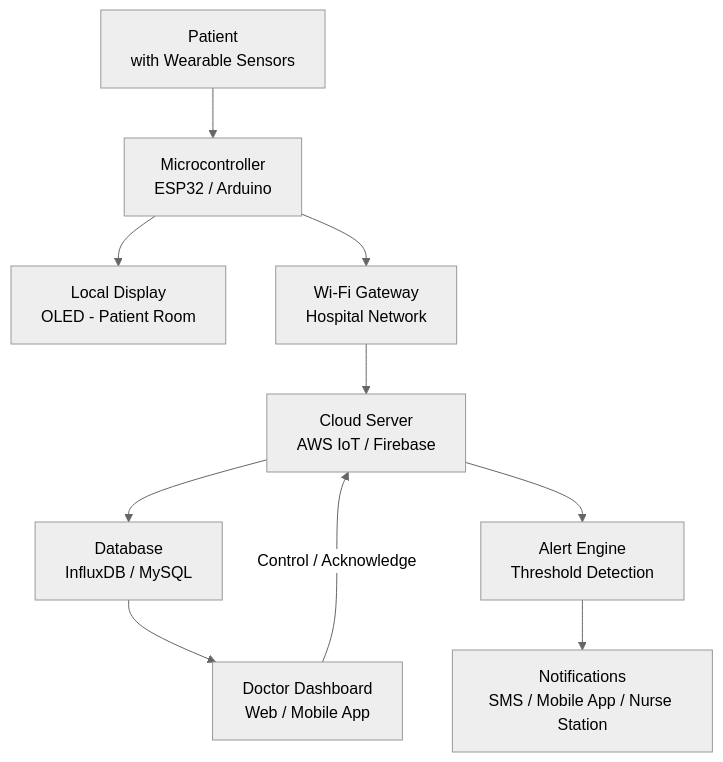
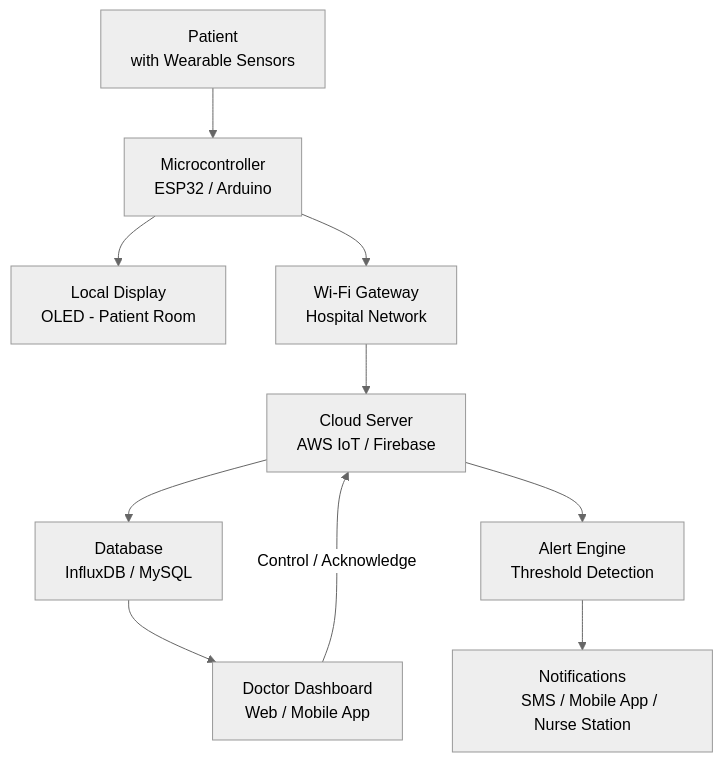
One commit to lazgaming70/IOT-CIA-1 changed diagram 12 of 13 in Unofficial-QB/Unofficial-QB-Claude-Ans.md. Above: the diagram before and after it, drawn with Mermaid (neutral theme). The commit also changed other lines of this file, not shown here.

Commit message:
Fixed mermaidjs newline syntax

````diff
--- a/Unofficial-QB/Unofficial-QB-Claude-Ans.md
+++ b/Unofficial-QB/Unofficial-QB-Claude-Ans.md
@@ -1059,12 +1130,21 @@
 ```mermaid
 flowchart TD
-    PS[Patient\nwith Wearable Sensors] --> MCU[Microcontroller\nESP32 / Arduino]
-    MCU --> DISP[Local Display\nOLED - Patient Room]
-    MCU --> GW[Wi-Fi Gateway\nHospital Network]
-    GW --> CLOUD[Cloud Server\nAWS IoT / Firebase]
-    CLOUD --> DB[Database\nInfluxDB / MySQL]
-    CLOUD --> ALT[Alert Engine\nThreshold Detection]
-    ALT --> NOTIFY[Notifications\nSMS / Mobile App / Nurse Station]
-    DB --> DASH[Doctor Dashboard\nWeb / Mobile App]
+    PS[Patient
+    with Wearable Sensors] --> MCU[Microcontroller
+    ESP32 / Arduino]
+    MCU --> DISP[Local Display
+    OLED - Patient Room]
+    MCU --> GW[Wi-Fi Gateway
+    Hospital Network]
+    GW --> CLOUD[Cloud Server
+    AWS IoT / Firebase]
+    CLOUD --> DB[Database
+    InfluxDB / MySQL]
+    CLOUD --> ALT[Alert Engine
+    Threshold Detection]
+    ALT --> NOTIFY[Notifications
+    SMS / Mobile App / Nurse Station]
+    DB --> DASH[Doctor Dashboard
+    Web / Mobile App]
     DASH -->|Control / Acknowledge| CLOUD
 ```
````
